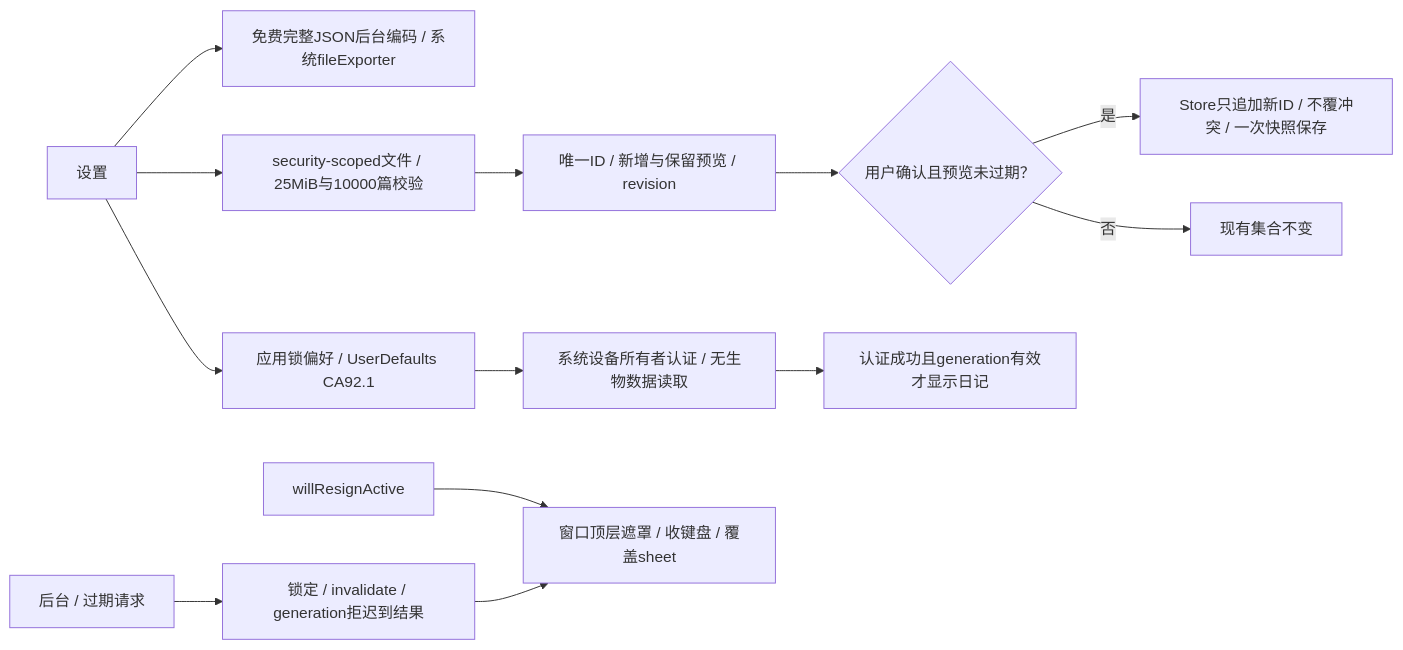
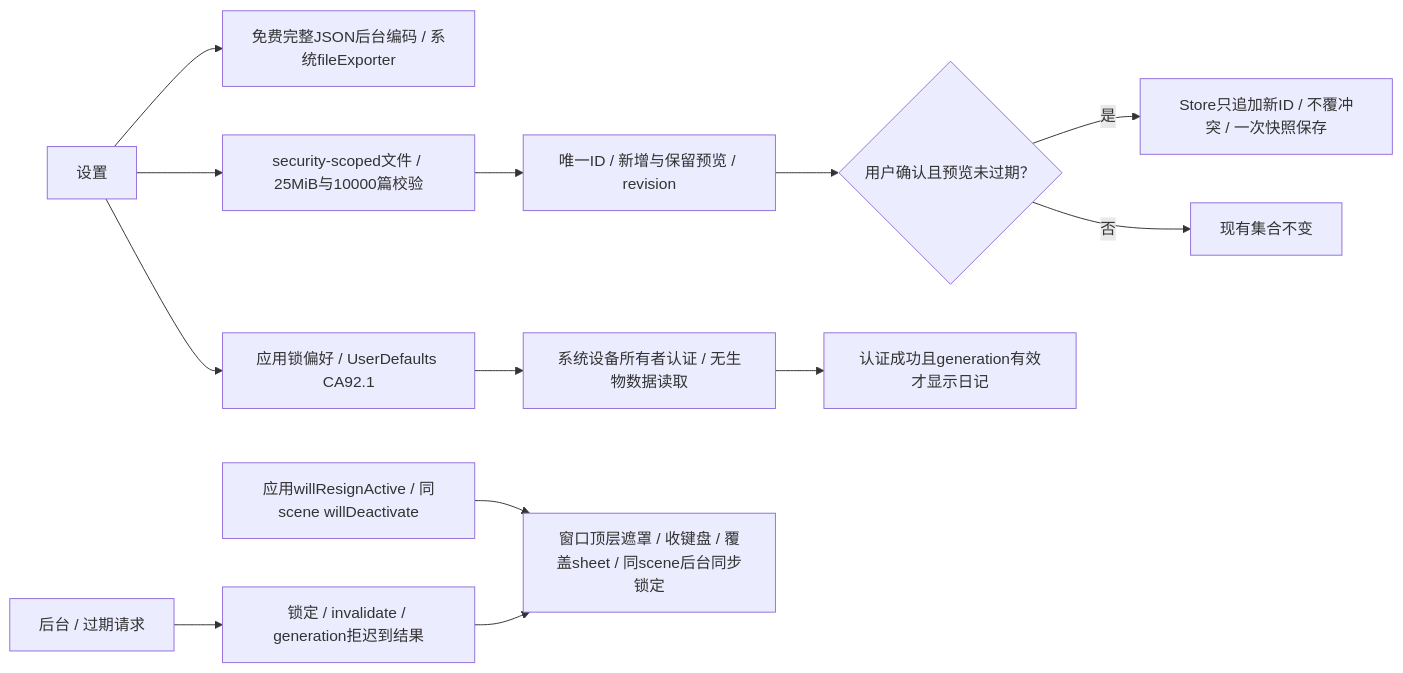
The second of 4 diagrams in md/flow/flowchart.md (Altman-sam114/117), drawn with Mermaid before and after one commit. The commit also changed other lines of this file and 13 other files, not shown here.

````diff
--- a/md/flow/flowchart.md
+++ b/md/flow/flowchart.md
@@ -31,15 +33,15 @@
 ```mermaid
 flowchart LR
   Settings["设置"] --> Export["免费完整JSON后台编码 / 系统fileExporter"]
   Settings --> Import["security-scoped文件 / 25MiB与10000篇校验"]
   Import --> Preview["唯一ID / 新增与保留预览 / revision"]
   Preview --> Confirm{"用户确认且预览未过期？"}
   Confirm -- "是" --> Store["Store只追加新ID / 不覆冲突 / 一次快照保存"]
   Confirm -- "否" --> Keep["现有集合不变"]
   Settings --> Lock["应用锁偏好 / UserDefaults CA92.1"]
   Lock --> LA["系统设备所有者认证 / 无生物数据读取"]
   Background["后台 / 过期请求"] --> Generation["锁定 / invalidate / generation拒迟到结果"]
-  Inactive["willResignActive"] --> Shield["窗口顶层遮罩 / 收键盘 / 覆盖sheet"]
+  Inactive["应用willResignActive / 同scene willDeactivate"] --> Shield["窗口顶层遮罩 / 收键盘 / 覆盖sheet / 同scene后台同步锁定"]
   LA --> Active["认证成功且generation有效才显示日记"]
   Generation --> Shield
 ```
````
